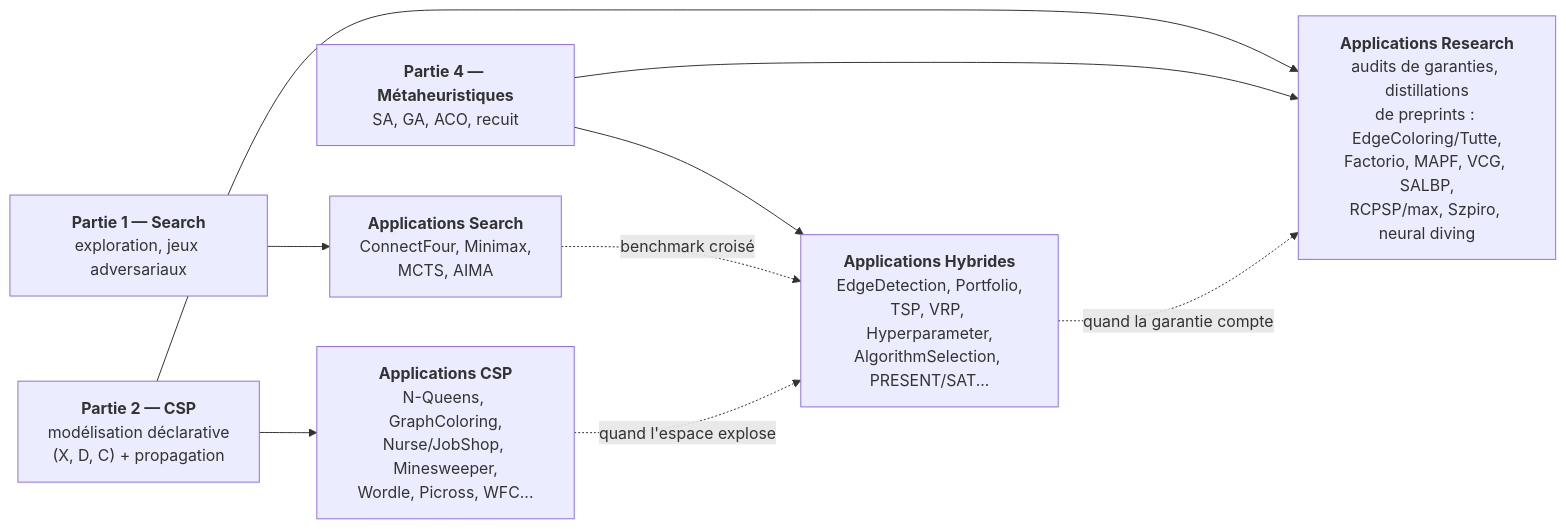
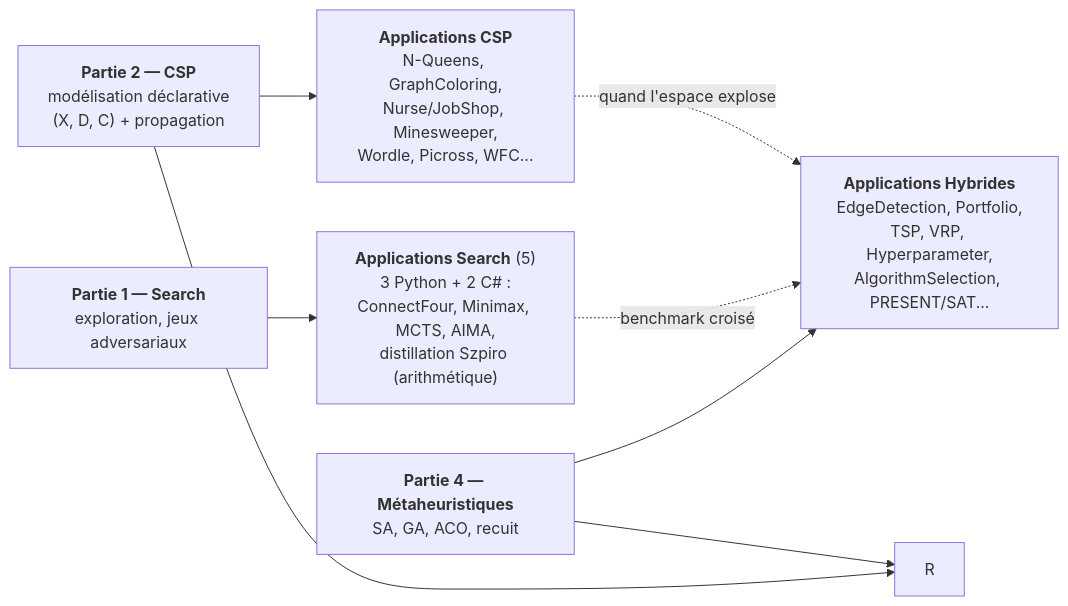
Before and after one commit to jsboige/CoursIA: the diagram in MyIA.AI.Notebooks/Search/Applications/README.md, drawn with Mermaid. The commit also changed other lines of this file and 85 other files, not shown here.

````diff
--- a/MyIA.AI.Notebooks/Search/Applications/README.md
+++ b/MyIA.AI.Notebooks/Search/Applications/README.md
@@ -40,18 +39,16 @@
 ```mermaid
 flowchart LR
     P1["<b>Partie 1 — Search</b><br/>exploration, jeux adversariaux"]
     P2["<b>Partie 2 — CSP</b><br/>modélisation déclarative<br/>(X, D, C) + propagation"]
     P4["<b>Partie 4 — Métaheuristiques</b><br/>SA, GA, ACO, recuit"]
-    S["<b>Applications Search</b><br/>ConnectFour, Minimax,<br/>MCTS, AIMA"]
+    S["<b>Applications Search</b> (5)<br/>3 Python + 2 C# :<br/>ConnectFour, Minimax, MCTS, AIMA,<br/>distillation Szpiro (arithmétique)"]
     C["<b>Applications CSP</b><br/>N-Queens, GraphColoring,<br/>Nurse/JobShop, Minesweeper,<br/>Wordle, Picross, WFC..."]
     H["<b>Applications Hybrides</b><br/>EdgeDetection, Portfolio,<br/>TSP, VRP, Hyperparameter,<br/>AlgorithmSelection, PRESENT/SAT..."]
-    R["<b>Applications Research</b><br/>audits de garanties, distillations<br/>de preprints : EdgeColoring/Tutte,<br/>Factorio, MAPF, VCG, SALBP,<br/>RCPSP/max, Szpiro, neural diving"]
     P1 --> S
     P2 --> C
     P4 --> H
     P2 --> R
     P4 --> R
     S -.->|"benchmark croisé"| H
     C -.->|"quand l'espace explose"| H
-    H -.->|"quand la garantie compte"| R
 ```
````
